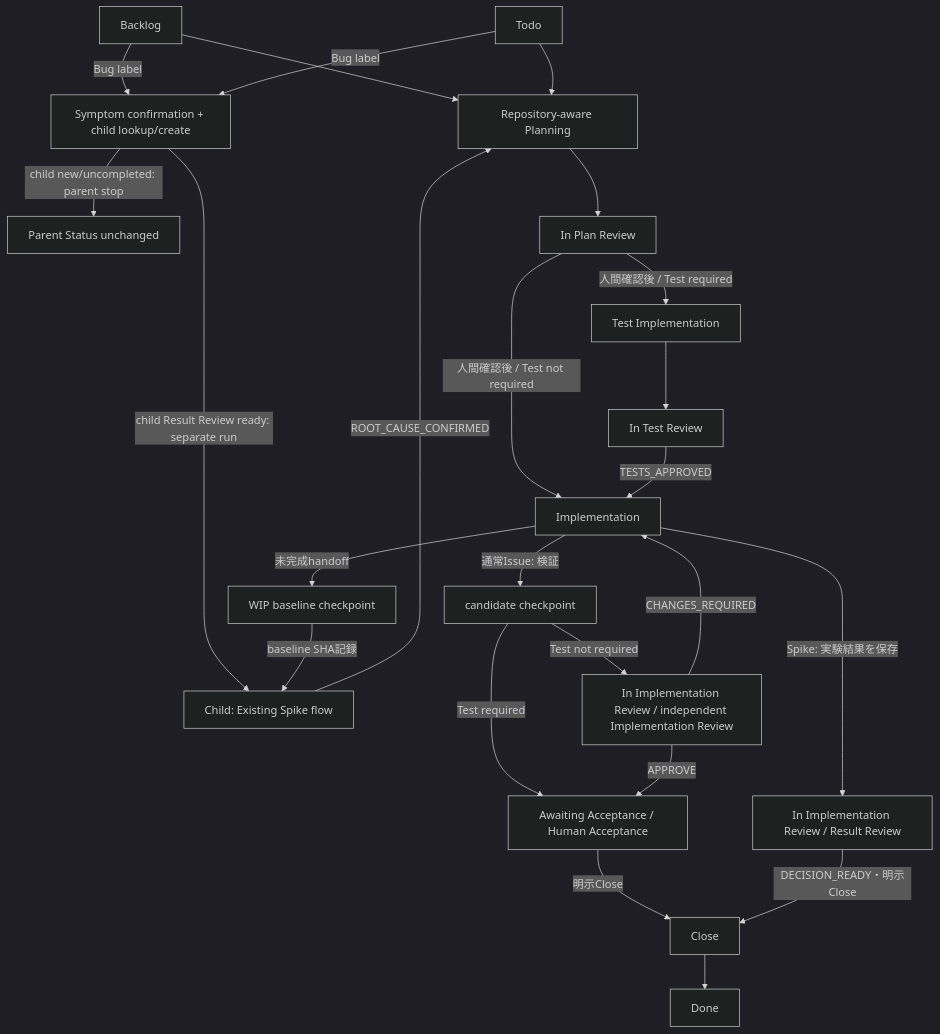
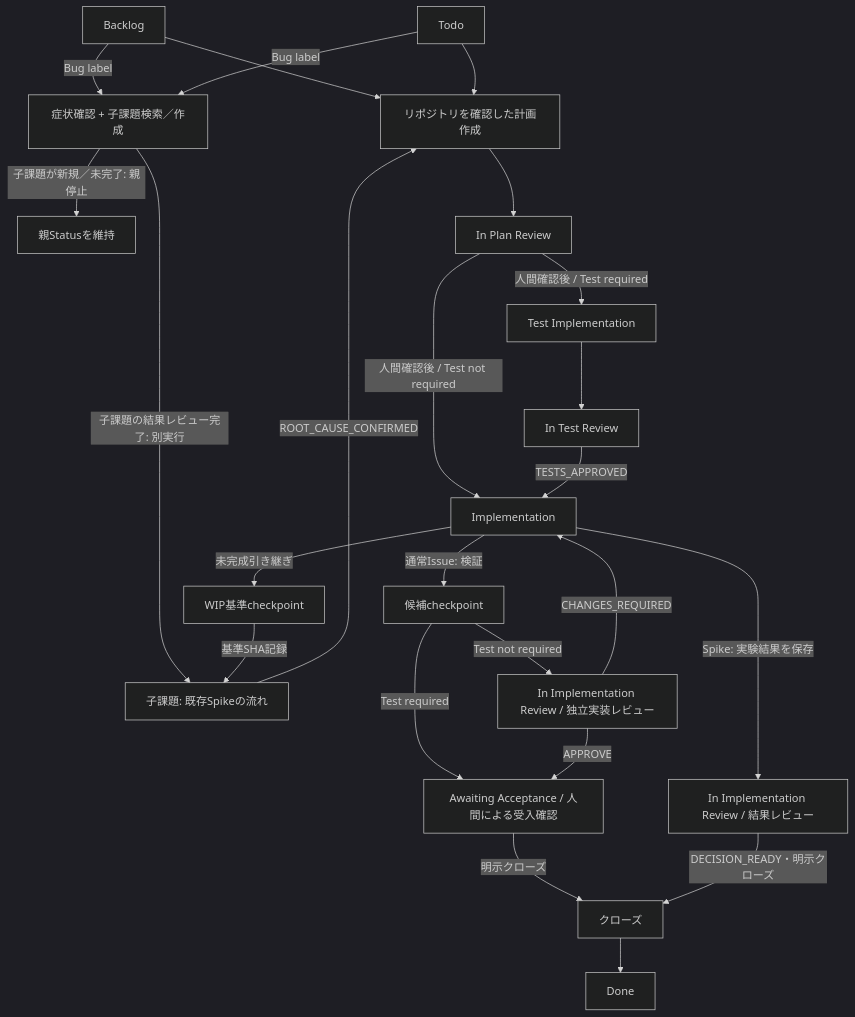
The first of 2 diagrams in agent-development-workflow.md (hnishim/harness), drawn with Mermaid (dark theme) before and after one commit. The commit also changed other lines of this file and 24 other files, not shown here.

````diff
--- a/agent-development-workflow.md
+++ b/agent-development-workflow.md
@@ -46,26 +46,26 @@
 ```mermaid
 flowchart TD
-    B[Backlog] --> P[Repository-aware Planning]
+    B[Backlog] --> P[リポジトリを確認した計画作成]
     T[Todo] --> P
-    B -->|Bug label| BI[Symptom confirmation + child lookup/create]
+    B -->|Bug label| BI[症状確認 + 子課題検索／作成]
     T -->|Bug label| BI
-    BI -->|child new/uncompleted: parent stop| PS[Parent Status unchanged]
-    BI -->|child Result Review ready: separate run| SI[Child: Existing Spike flow]
+    BI -->|子課題が新規／未完了: 親停止| PS[親Statusを維持]
+    BI -->|子課題の結果レビュー完了: 別実行| SI[子課題: 既存Spikeの流れ]
     SI -->|ROOT_CAUSE_CONFIRMED| P
     P --> R[In Plan Review]
     R -->|人間確認後 / Test required| TW[Test Implementation]
     R -->|人間確認後 / Test not required| I[Implementation]
     TW --> TR[In Test Review]
     TR -->|TESTS_APPROVED| I
-    I -->|通常Issue: 検証| CP[candidate checkpoint]
-    CP -->|Test required| HA[Awaiting Acceptance / Human Acceptance]
-    CP -->|Test not required| IR[In Implementation Review / independent Implementation Review]
+    I -->|通常Issue: 検証| CP[候補checkpoint]
+    CP -->|Test required| HA[Awaiting Acceptance / 人間による受入確認]
+    CP -->|Test not required| IR[In Implementation Review / 独立実装レビュー]
     IR -->|APPROVE| HA
     IR -->|CHANGES_REQUIRED| I
-    I -->|Spike: 実験結果を保存| SR[In Implementation Review / Result Review]
-    I -->|未完成handoff| BP[WIP baseline checkpoint]
-    BP -->|baseline SHA記録| SI
-    HA -->|明示Close| C[Close]
-    SR -->|DECISION_READY・明示Close| C
+    I -->|Spike: 実験結果を保存| SR[In Implementation Review / 結果レビュー]
+    I -->|未完成引き継ぎ| BP[WIP基準checkpoint]
+    BP -->|基準SHA記録| SI
+    HA -->|明示クローズ| C[クローズ]
+    SR -->|DECISION_READY・明示クローズ| C
     C --> D[Done]
 ```
````
